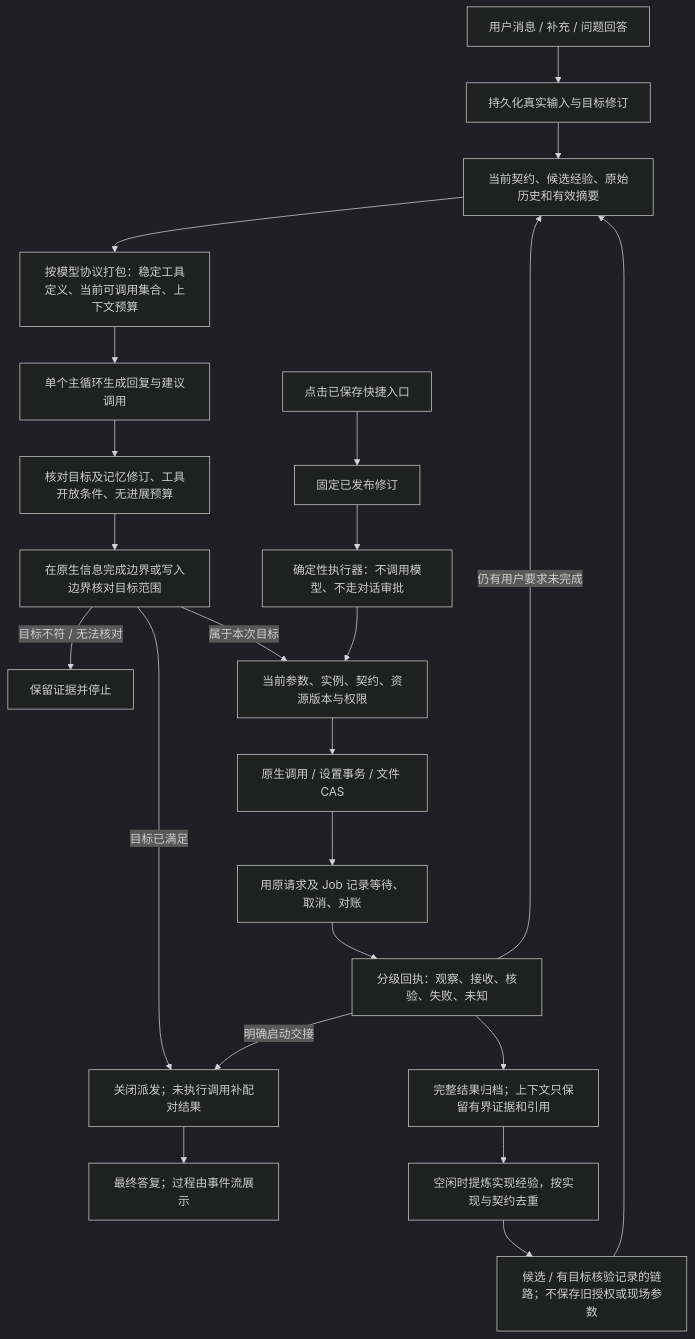
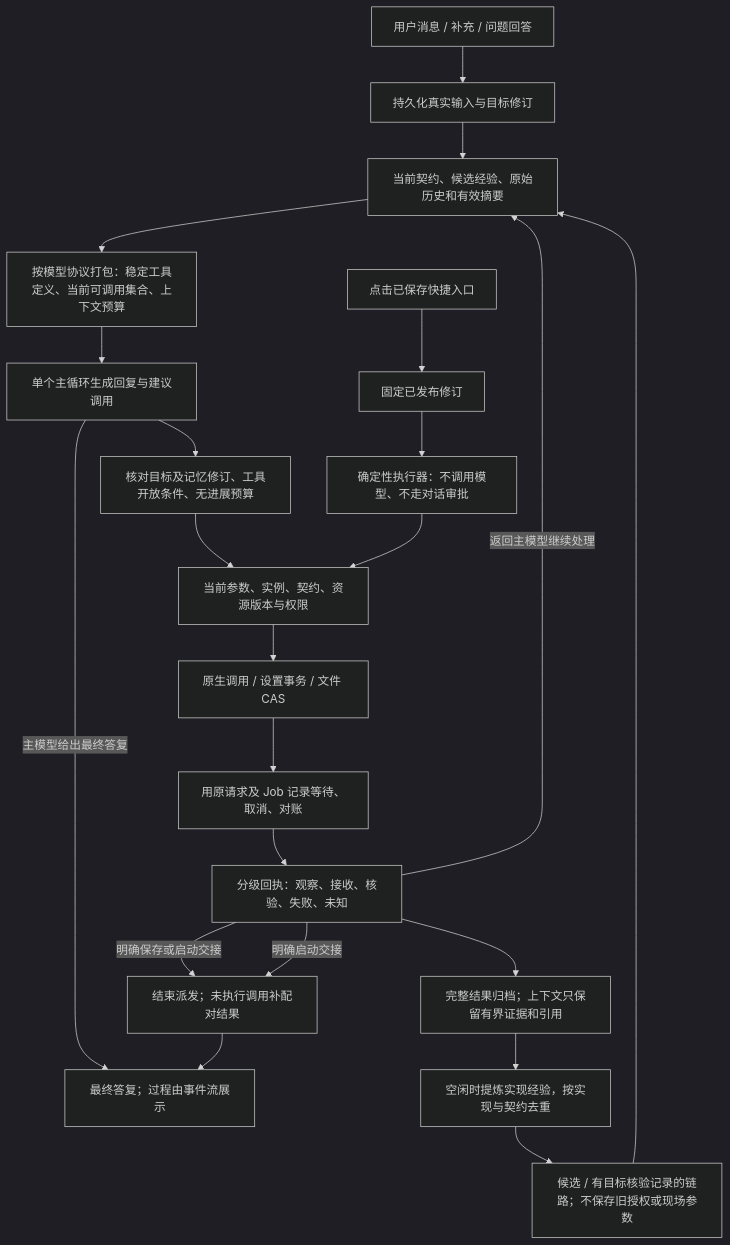
Before and after one commit to A-Little-AnQi/Sleepy-Doll: the sixth of 7 diagrams in docs/internals.md, drawn with Mermaid (dark theme). The commit also changed other lines of this file and 64 other files, not shown here.

````diff
--- a/docs/internals.md
+++ b/docs/internals.md
@@ -217,25 +236,24 @@
 ```mermaid
 flowchart TD
   U[用户消息 / 补充 / 问题回答] --> G[持久化真实输入与目标修订]
   Q[点击已保存快捷入口] --> R[固定已发布修订]
   R --> D[确定性执行器：不调用模型、不走对话审批]
   G --> C[当前契约、候选经验、原始历史和有效摘要]
   C --> P[按模型协议打包：稳定工具定义、当前可调用集合、上下文预算]
   P --> M[单个主循环生成回复与建议调用]
   M --> K[核对目标及记忆修订、工具开放条件、无进展预算]
-  K --> S[在原生信息完成边界或写入边界核对目标范围]
-  S -->|目标已满足| L[关闭派发；未执行调用补配对结果]
-  S -->|目标不符 / 无法核对| N[保留证据并停止]
-  S -->|属于本次目标| A[当前参数、实例、契约、资源版本与权限]
+  K --> A[当前参数、实例、契约、资源版本与权限]
+  M -->|主模型给出最终答复| F[最终答复；过程由事件流展示]
+  E -->|明确保存或启动交接| L[结束派发；未执行调用补配对结果]
   D --> A
   A --> B[原生调用 / 设置事务 / 文件 CAS]
   B --> W[用原请求及 Job 记录等待、取消、对账]
   W --> E[分级回执：观察、接收、核验、失败、未知]
-  E -->|仍有用户要求未完成| C
+  E -->|返回主模型继续处理| C
   E -->|明确启动交接| L
   L --> F[最终答复；过程由事件流展示]
   E --> H[完整结果归档；上下文只保留有界证据和引用]
   H --> I[空闲时提炼实现经验，按实现与契约去重]
   I --> J[候选 / 有目标核验记录的链路；不保存旧授权或现场参数]
   J --> C
 ```
````
